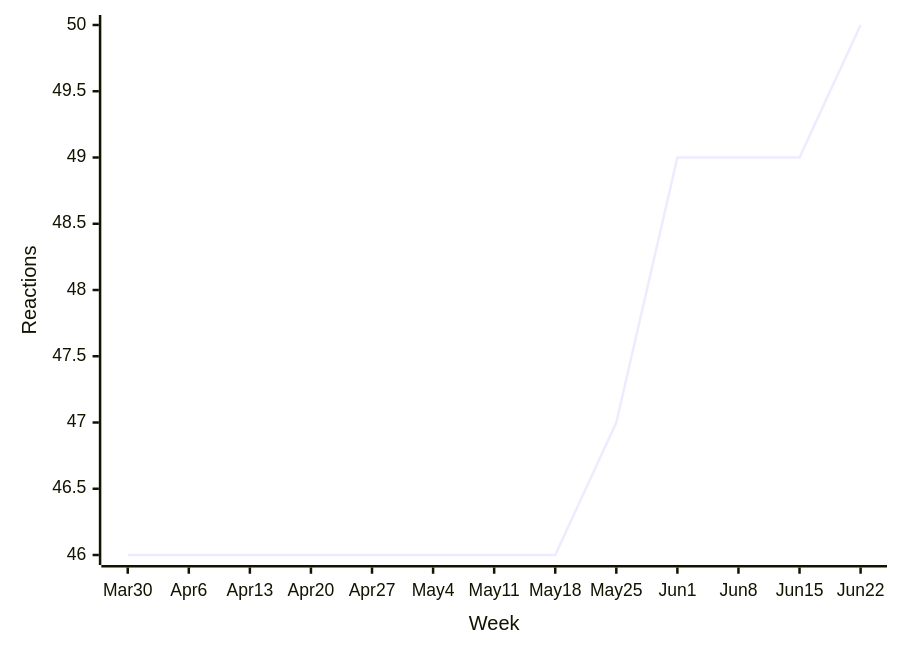
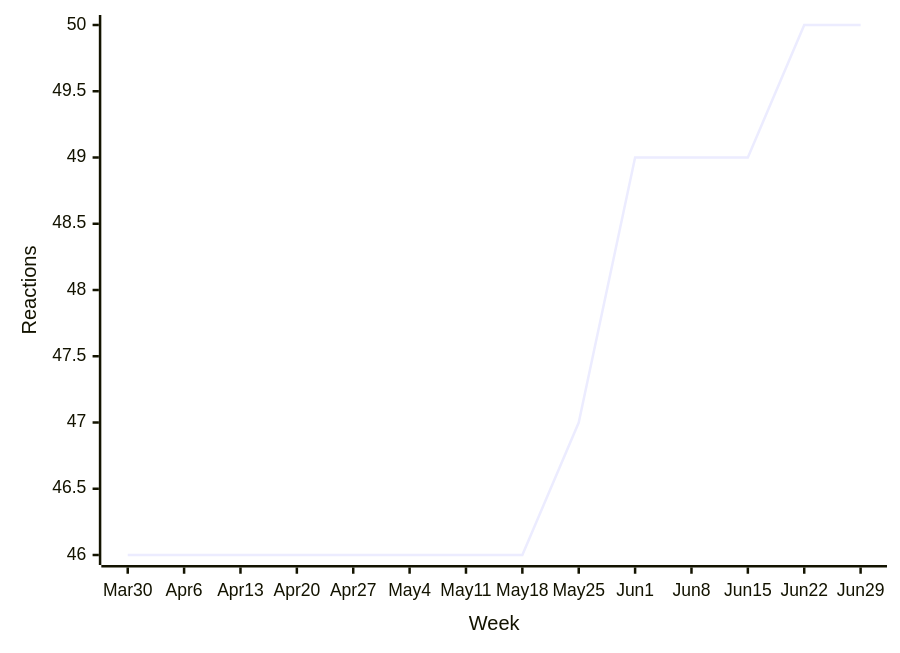
One commit to loic-sharma/github-insights changed the sixth of 48 diagrams in README.md. Above: the diagram before and after it, drawn with Mermaid. The commit also changed other lines of this file and 3 other files, not shown here.

````diff
--- a/README.md
+++ b/README.md
@@ -424,6 +424,6 @@
   ```mermaid
   xychart-beta
-    x-axis "Week" [Mar 30, Apr 6, Apr 13, Apr 20, Apr 27, May 4, May 11, May 18, May 25, Jun 1, Jun 8, Jun 15, Jun 22]
+    x-axis "Week" [Mar 30, Apr 6, Apr 13, Apr 20, Apr 27, May 4, May 11, May 18, May 25, Jun 1, Jun 8, Jun 15, Jun 22, Jun 29]
     y-axis "Reactions"
-    line [46, 46, 46, 46, 46, 46, 46, 46, 47, 49, 49, 49, 50]
+    line [46, 46, 46, 46, 46, 46, 46, 46, 47, 49, 49, 49, 50, 50]
   ```
````
